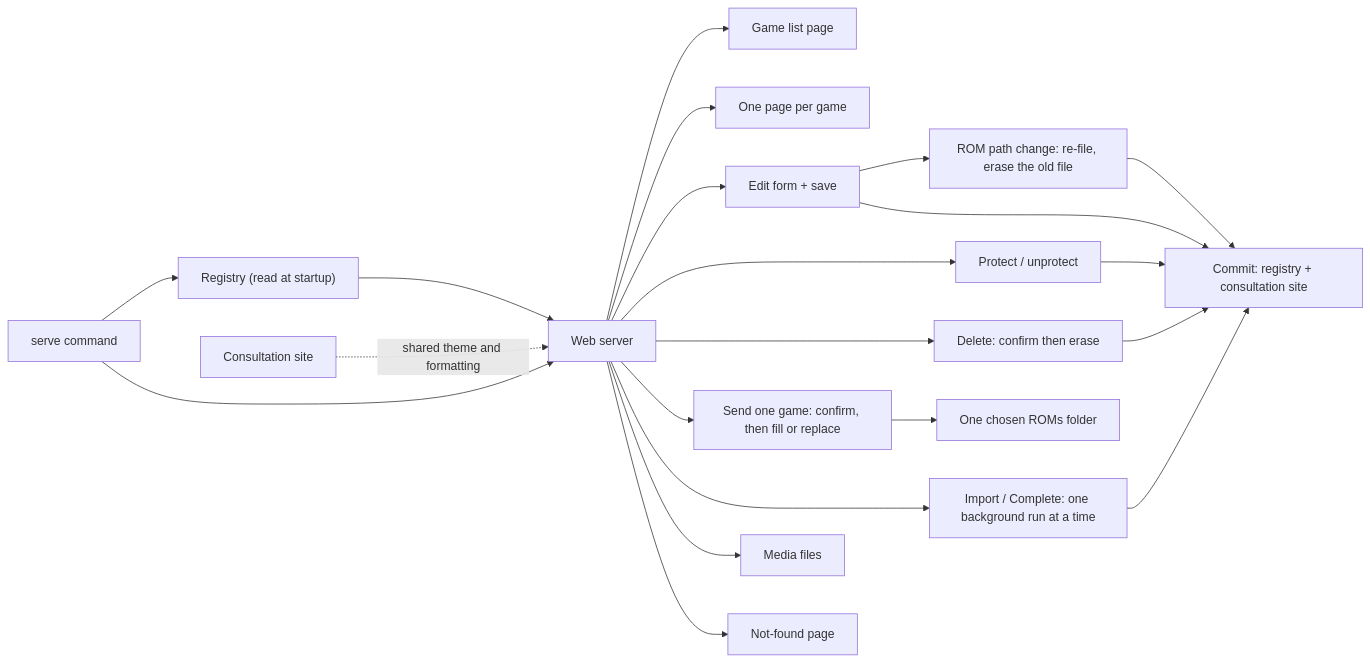
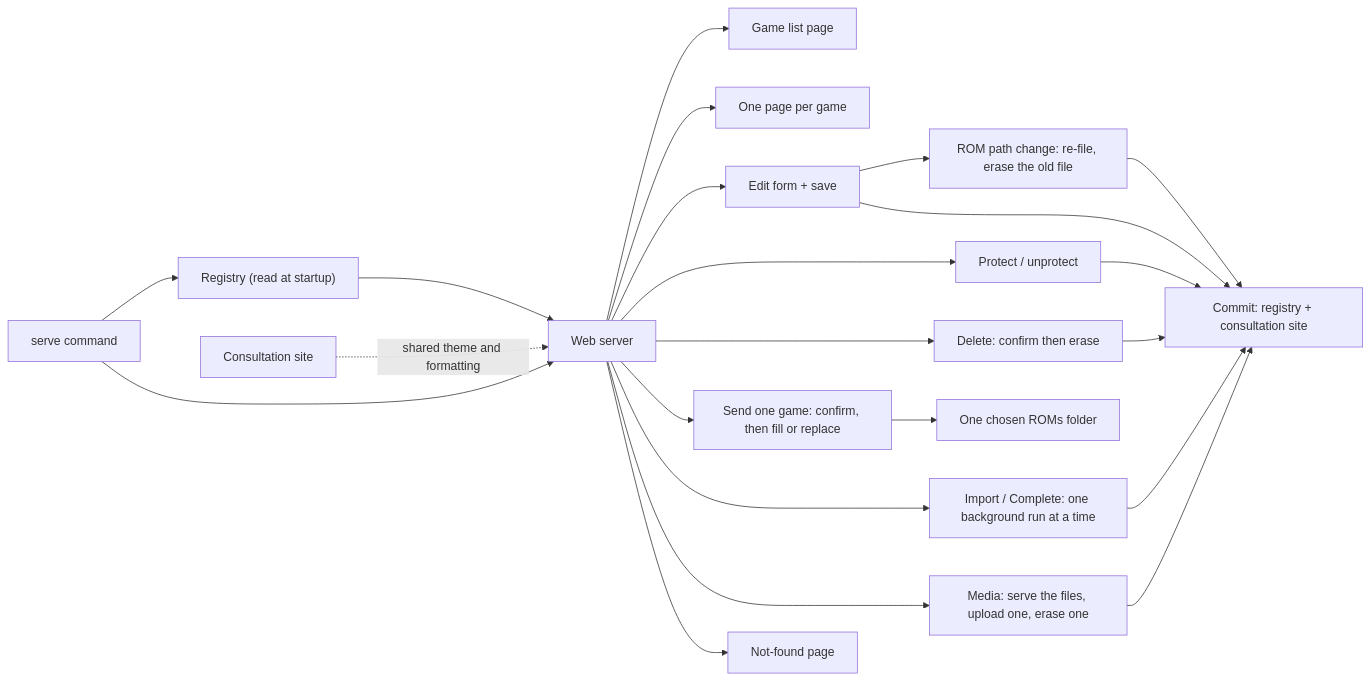
The diagram in docs/architecture.md (neolao/batocera-scrap-manager), drawn with Mermaid before and after one commit. The commit also changed other lines of this file and 24 other files, not shown here.

````diff
--- a/docs/architecture.md
+++ b/docs/architecture.md
@@ -64,23 +64,24 @@
 ```mermaid
 flowchart LR
   CLI["serve command"] --> REG["Registry (read at startup)"]
   CLI --> SRV["Web server"]
   REG --> SRV
   SRV --> LIST["Game list page"]
   SRV --> GAME["One page per game"]
   SRV --> EDIT["Edit form + save"]
   EDIT --> PATH["ROM path change: re-file, erase the old file"]
   PATH --> COMMIT
   SRV --> PROT["Protect / unprotect"]
   PROT --> COMMIT
   SRV --> DEL["Delete: confirm then erase"]
   DEL --> COMMIT
   SRV --> SEND["Send one game: confirm, then fill or replace"]
   SEND --> ROMS["One chosen ROMs folder"]
   SRV --> JOB["Import / Complete: one background run at a time"]
   JOB --> COMMIT
-  SRV --> MEDIA["Media files"]
+  SRV --> MEDIA["Media: serve the files, upload one, erase one"]
+  MEDIA --> COMMIT
   SRV --> NF["Not-found page"]
   EDIT --> COMMIT["Commit: registry + consultation site"]
   SITE["Consultation site"] -. shared theme and formatting .-> SRV
 ```
````
